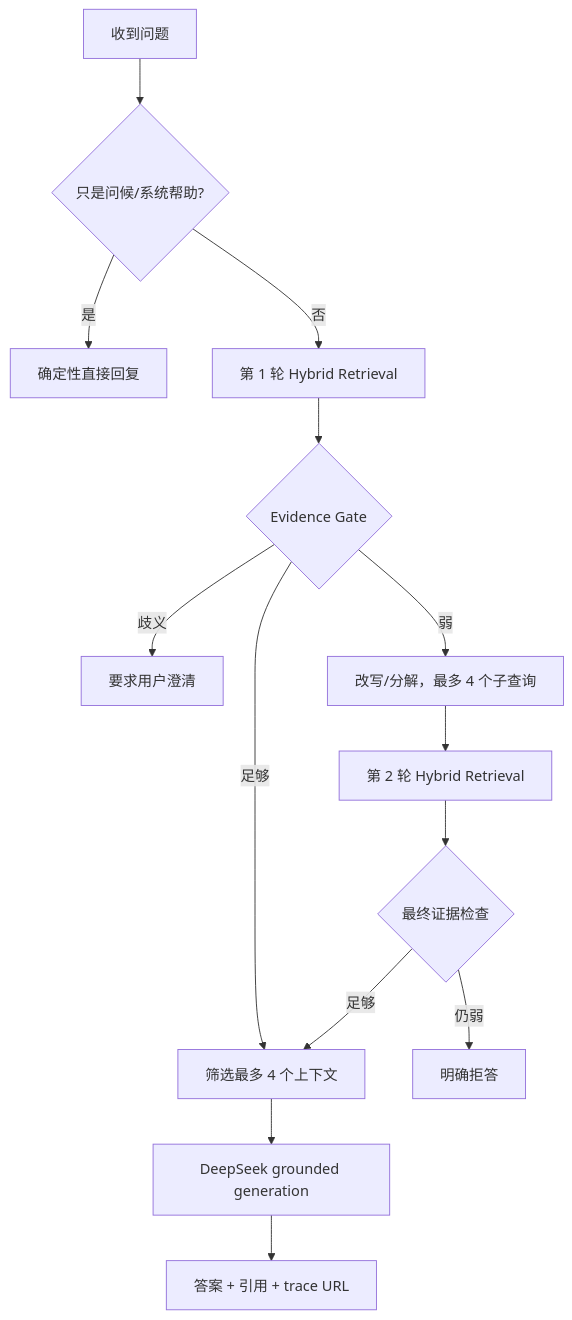
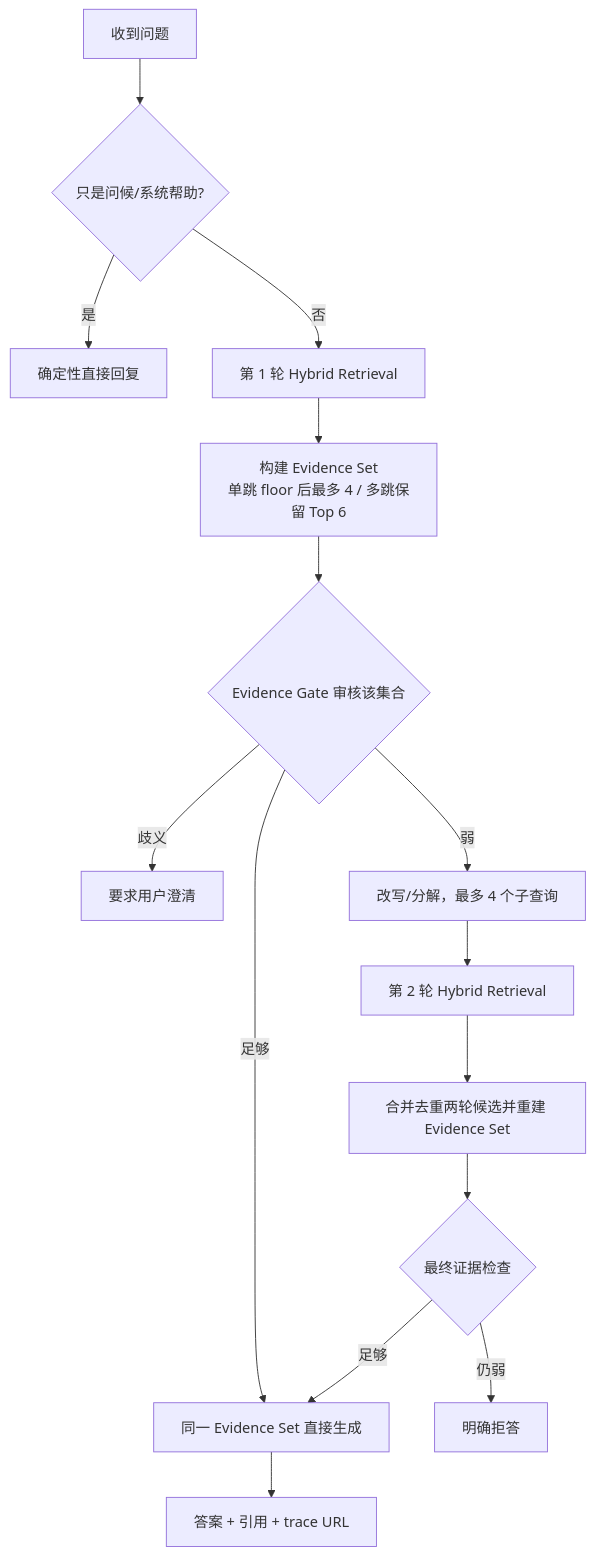
One commit to kinnyuww/traceable-agentic-rag changed the fourth of 5 diagrams in reports/AGENTIC_RAG_FRAMEWORK_MENTAL_MODEL.md. Above: the diagram before and after it, drawn with Mermaid. The commit also changed other lines of this file and 19 other files, not shown here.

````diff
--- a/reports/AGENTIC_RAG_FRAMEWORK_MENTAL_MODEL.md
+++ b/reports/AGENTIC_RAG_FRAMEWORK_MENTAL_MODEL.md
@@ -252,16 +252,17 @@
 ```mermaid
 flowchart TD
   Q[收到问题] --> H{只是问候/系统帮助?}
   H -- 是 --> D[确定性直接回复]
   H -- 否 --> R1[第 1 轮 Hybrid Retrieval]
-  R1 --> G1{Evidence Gate}
+  R1 --> E1[构建 Evidence Set\n单跳 floor 后最多 4 / 多跳保留 Top 6]
+  E1 --> G1{Evidence Gate 审核该集合}
   G1 -- 歧义 --> C[要求用户澄清]
-  G1 -- 足够 --> CTX[筛选最多 4 个上下文]
+  G1 -- 足够 --> GEN[同一 Evidence Set 直接生成]
   G1 -- 弱 --> PLAN[改写/分解，最多 4 个子查询]
   PLAN --> R2[第 2 轮 Hybrid Retrieval]
-  R2 --> G2{最终证据检查}
-  G2 -- 足够 --> CTX
+  R2 --> M[合并去重两轮候选并重建 Evidence Set]
+  M --> G2{最终证据检查}
+  G2 -- 足够 --> GEN
   G2 -- 仍弱 --> STOP[明确拒答]
-  CTX --> GEN[DeepSeek grounded generation]
   GEN --> OUT[答案 + 引用 + trace URL]
 ```
````
